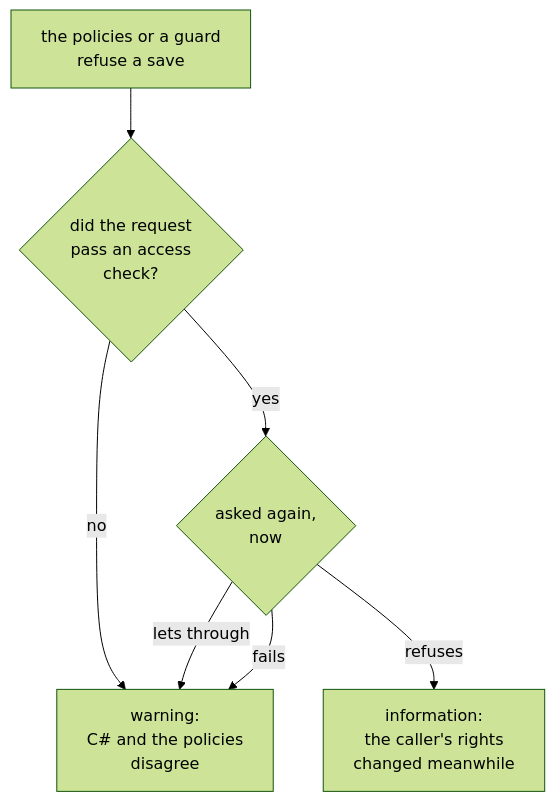
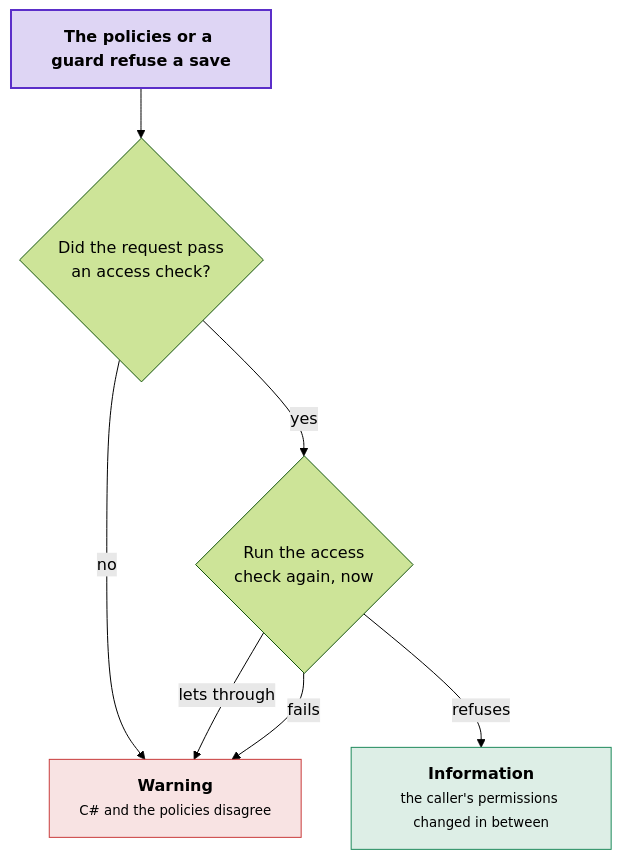
Diagram 14 of 14 in docs/row-level-security.md (DylanSnel/DDDToolkit), drawn with Mermaid (forest theme) before and after one commit. The commit also changed other lines of this file and 41 other files, not shown here.

First line of the commit message:
Docs: plain prose, one word per concept, and readable diagrams on every page

````diff
--- a/docs/row-level-security.md
+++ b/docs/row-level-security.md
@@ -2560,9 +2966,20 @@
 ```mermaid
 flowchart TB
-    Refused["the policies or a guard<br/>refuse a save"] --> Passed{"did the request<br/>pass an access<br/>check?"}
-    Passed -- "no" --> Warning["warning:<br/>C# and the policies<br/>disagree"]
-    Passed -- "yes" --> Again{"asked again,<br/>now"}
-    Again -- "refuses" --> Information["information:<br/>the caller's rights<br/>changed meanwhile"]
-    Again -- "lets through" --> Warning
-    Again -- "fails" --> Warning
+    refused["<b>The policies or a guard refuse a save</b>"]
+    passed{"Did the request pass<br/>an access check?"}
+    again{"Run the access<br/>check again, now"}
+    information["<b>Information</b><br/><small>the caller's permissions changed in between</small>"]
+    warning["<b>Warning</b><br/><small>C# and the policies disagree</small>"]
+    refused --> passed
+    passed -- "no" --> warning
+    passed -- "yes" --> again
+    again -- "refuses" --> information
+    again -- "lets through" --> warning
+    again -- "fails" --> warning
+    classDef strong fill:#5b2ec933,stroke:#5b2ec9,stroke-width:2px
+    classDef good fill:#1f8a5b26,stroke:#1f8a5b
+    classDef bad fill:#c93c3c24,stroke:#c93c3c
+    class refused strong
+    class information good
+    class warning bad
 ```
````
